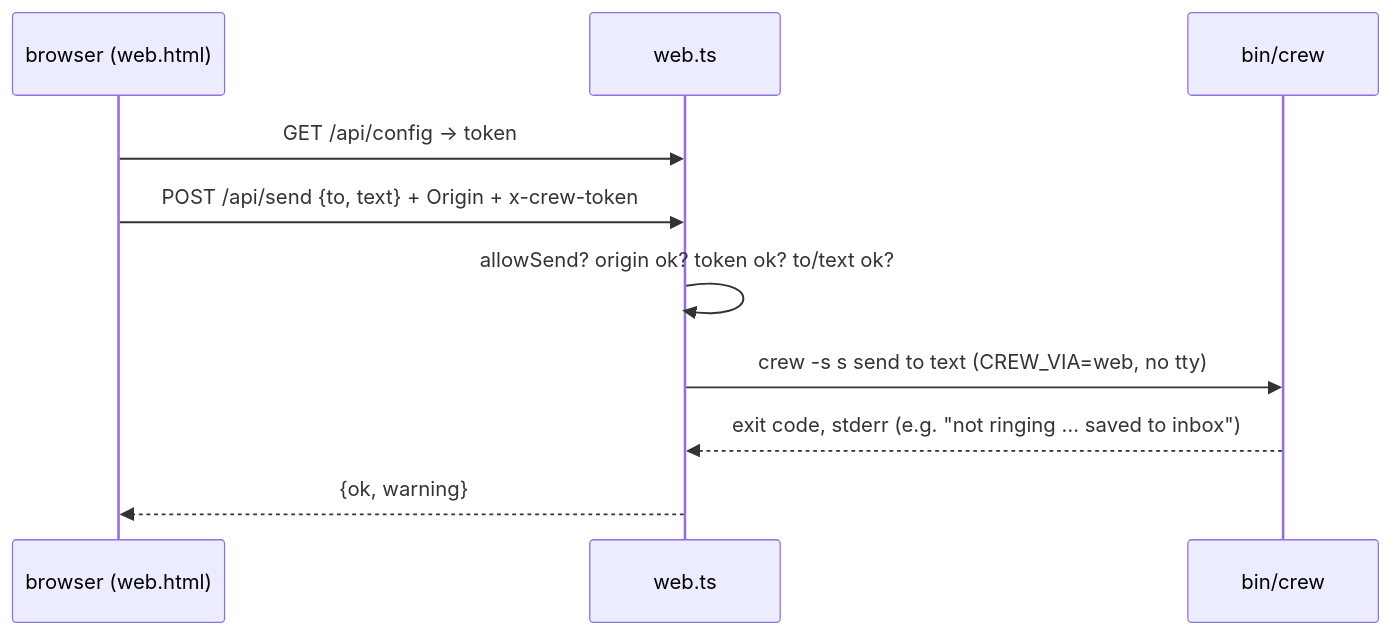
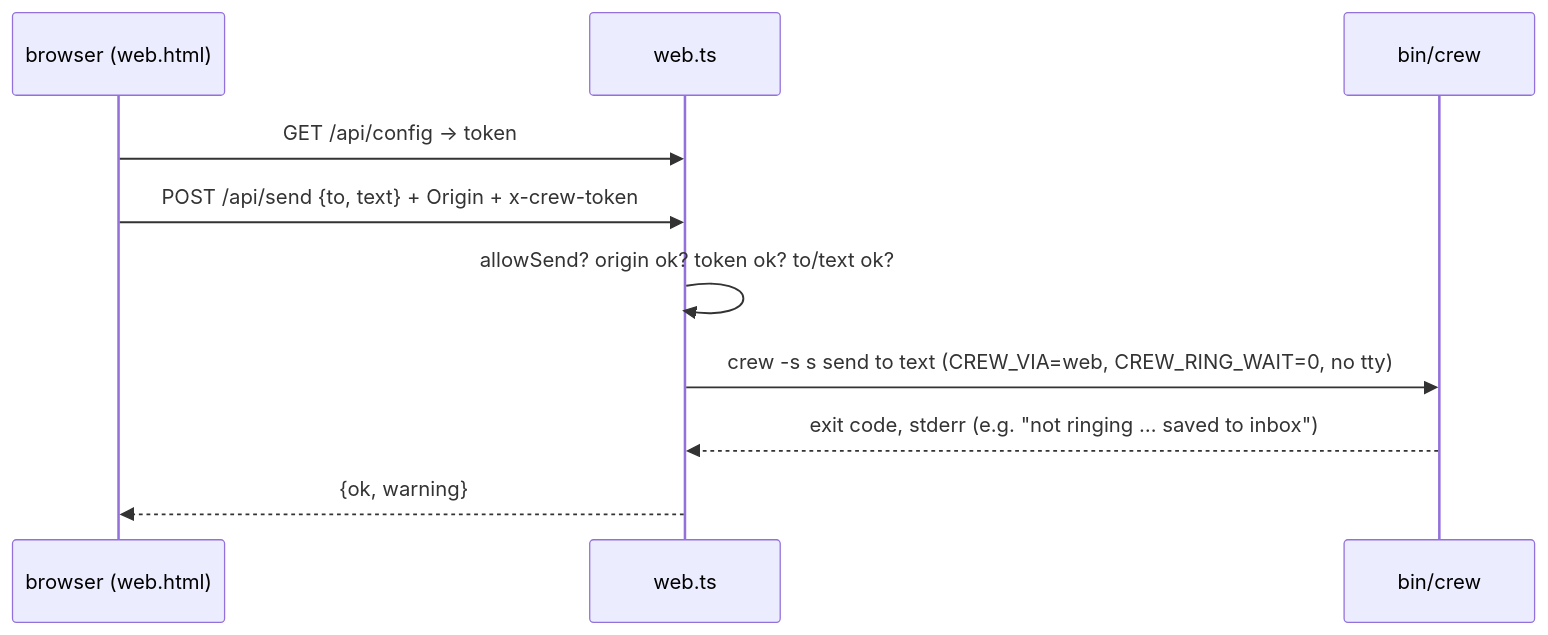
Before and after one commit to mifwar/crew: the second of 2 diagrams in lode/web/summary.md, drawn with Mermaid. The commit also changed other lines of this file and 10 other files, not shown here.

````diff
--- a/lode/web/summary.md
+++ b/lode/web/summary.md
@@ -45,12 +46,12 @@
 ```mermaid
 sequenceDiagram
   participant B as browser (web.html)
   participant W as web.ts
   participant C as bin/crew
   B->>W: GET /api/config → token
   B->>W: POST /api/send {to, text} + Origin + x-crew-token
   W->>W: allowSend? origin ok? token ok? to/text ok?
-  W->>C: crew -s s send to text (CREW_VIA=web, no tty)
+  W->>C: crew -s s send to text (CREW_VIA=web, CREW_RING_WAIT=0, no tty)
   C-->>W: exit code, stderr (e.g. "not ringing … saved to inbox")
   W-->>B: {ok, warning}
 ```
````
